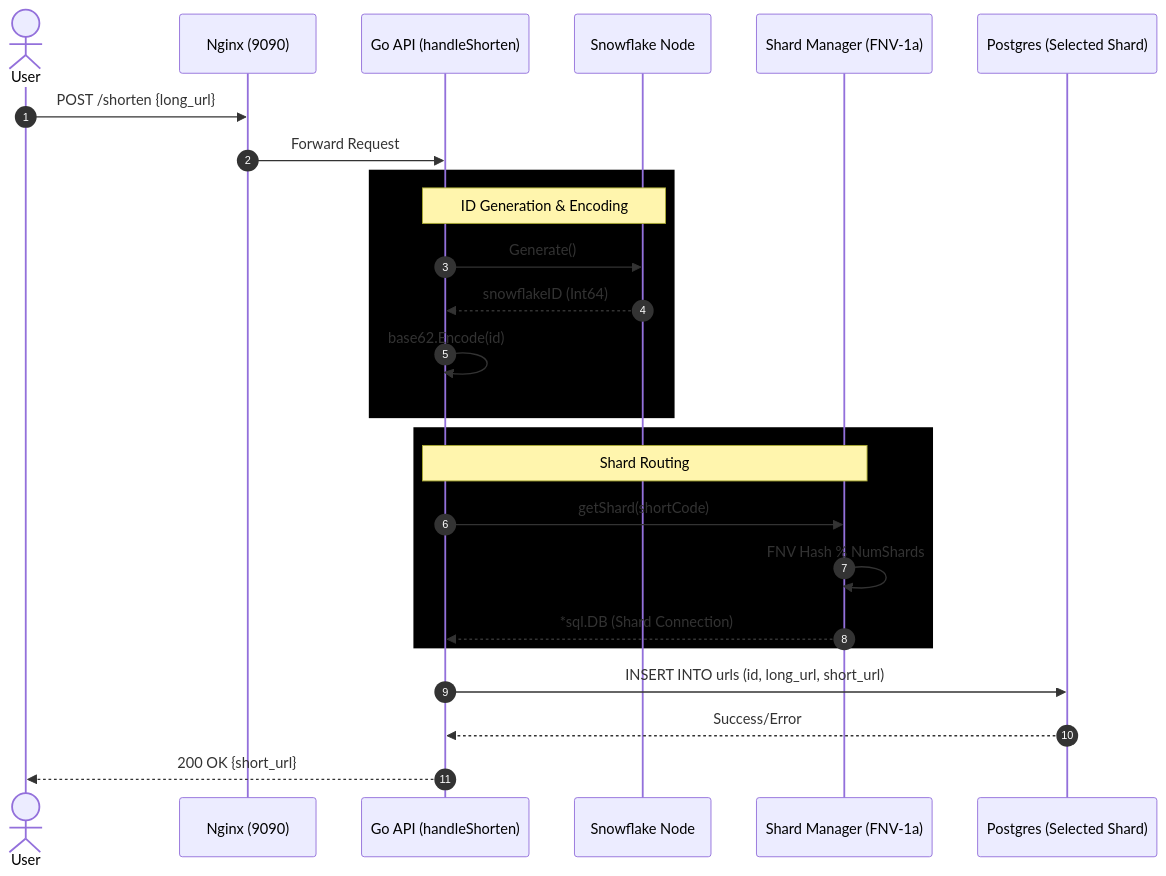
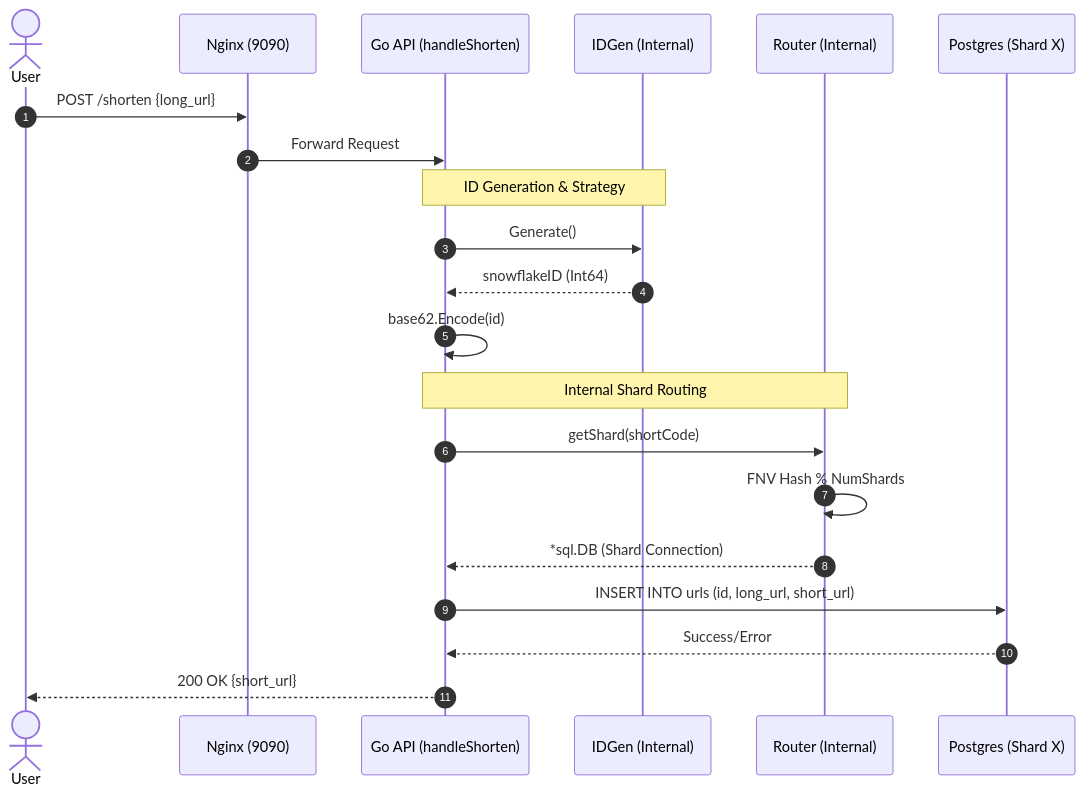
The third of 3 diagrams in README.md (DrinkingWater64/shourty-url-shortener), drawn with Mermaid before and after one commit. The commit also changed other lines of this file, not shown here.

Commit message:
fix: Correct typo and clarify internal component names and shard routing in architecture diagrams.

````diff
--- a/README.md
+++ b/README.md
@@ -83,32 +83,28 @@
 ```mermaid
 sequenceDiagram
     autonumber
     actor User
     participant Nginx as Nginx (9090)
     participant GoAPI as Go API (handleShorten)
-    participant Snowflake as Snowflake Node
-    participant ShardManager as Shard Manager (FNV-1a)
-    participant Postgres as Postgres (Selected Shard)
+    participant IDGen as IDGen (Internal)
+    participant Router as Router (Internal)
+    participant Postgres as Postgres (Shard X)
 
     User->>Nginx: POST /shorten {long_url}
     Nginx->>GoAPI: Forward Request
     
-    rect rgb(0, 0, 0)
-    Note over GoAPI, Snowflake: ID Generation & Encoding
-    GoAPI->>Snowflake: Generate()
-    Snowflake-->>GoAPI: snowflakeID (Int64)
+    Note over GoAPI, IDGen: ID Generation & Strategy
+    GoAPI->>IDGen: Generate()
+    IDGen-->>GoAPI: snowflakeID (Int64)
     GoAPI->>GoAPI: base62.Encode(id)
-    end
 
-    rect rgb(0, 0, 0)
-    Note over GoAPI, ShardManager: Shard Routing
-    GoAPI->>ShardManager: getShard(shortCode)
-    ShardManager->>ShardManager: FNV Hash % NumShards
-    ShardManager-->>GoAPI: *sql.DB (Shard Connection)
-    end
+    Note over GoAPI, Router: Internal Shard Routing
+    GoAPI->>Router: getShard(shortCode)
+    Router->>Router: FNV Hash % NumShards
+    Router-->>GoAPI: *sql.DB (Shard Connection)
 
     GoAPI->>Postgres: INSERT INTO urls (id, long_url, short_url)
     Postgres-->>GoAPI: Success/Error
     
     GoAPI-->>User: 200 OK {short_url}
 ```
````
